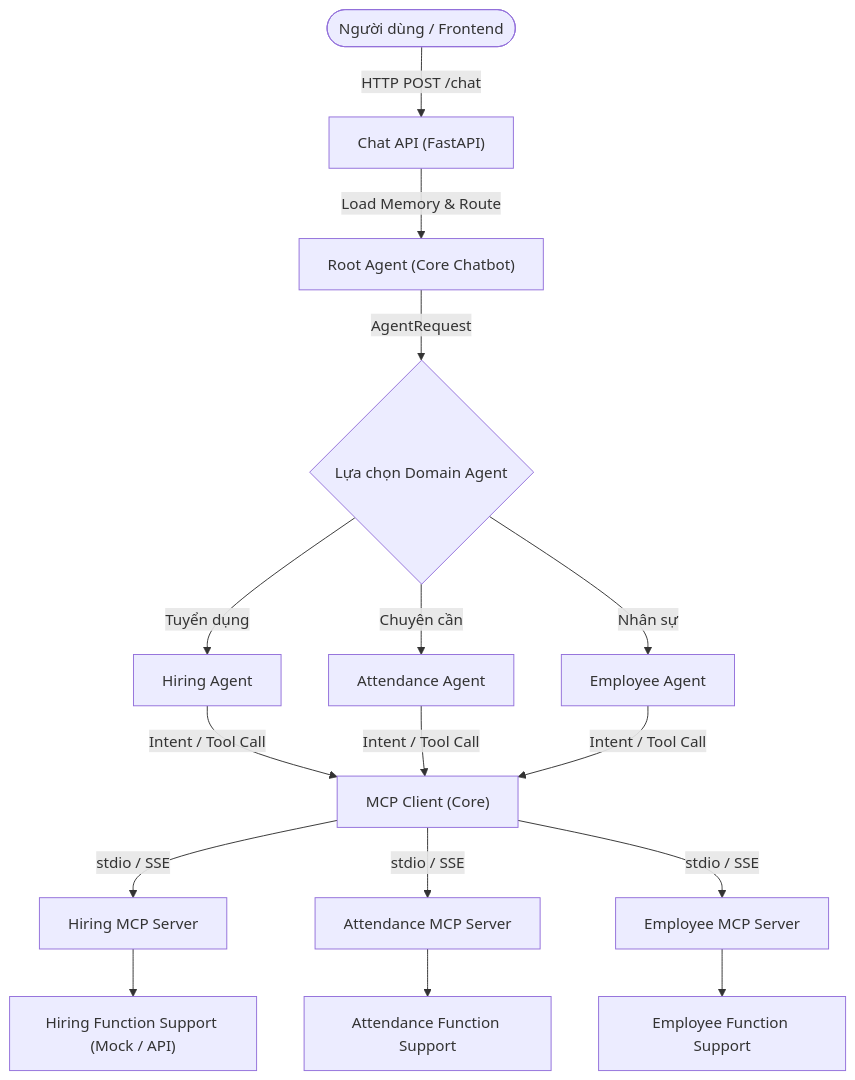
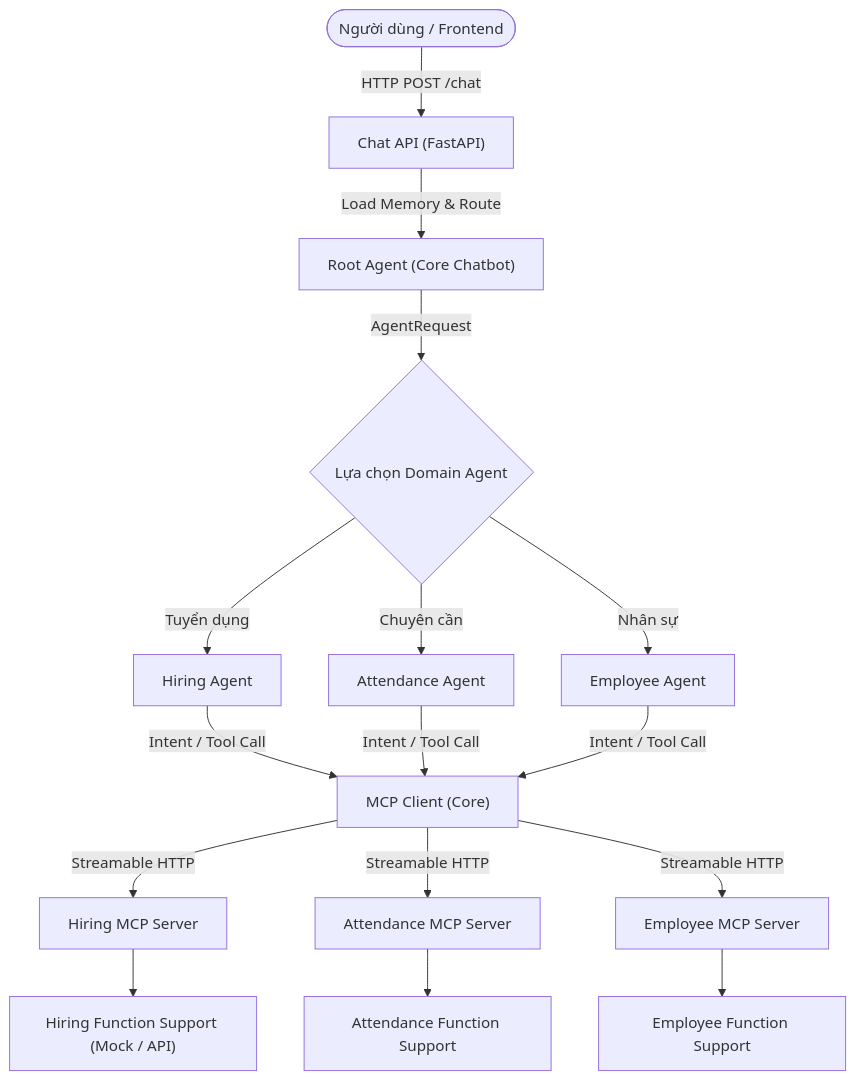
One commit to ahuhu789/ai-agent-platform changed the diagram in README.md. Above: the diagram before and after it, drawn with Mermaid. The commit also changed other lines of this file and 15 other files, not shown here.

Commit message:
feat(mcp): integrate multi-server client

````diff
--- a/README.md
+++ b/README.md
@@ -11,21 +11,21 @@
 ```mermaid
 graph TD
     User([Người dùng / Frontend]) -->|HTTP POST /chat| ChatAPI["Chat API (FastAPI)"]
     ChatAPI -->|Load Memory & Route| RootAgent["Root Agent (Core Chatbot)"]
     RootAgent -->|AgentRequest| SubAgent{"Lựa chọn Domain Agent"}
     SubAgent -->|Tuyển dụng| HiringAgent["Hiring Agent"]
     SubAgent -->|Chuyên cần| AttendanceAgent["Attendance Agent"]
     SubAgent -->|Nhân sự| EmployeeAgent["Employee Agent"]
     
     HiringAgent -->|Intent / Tool Call| MCPClient["MCP Client (Core)"]
     AttendanceAgent -->|Intent / Tool Call| MCPClient
     EmployeeAgent -->|Intent / Tool Call| MCPClient
     
-    MCPClient -->|stdio / SSE| HiringMCP["Hiring MCP Server"]
-    MCPClient -->|stdio / SSE| AttendanceMCP["Attendance MCP Server"]
-    MCPClient -->|stdio / SSE| EmployeeMCP["Employee MCP Server"]
+    MCPClient -->|Streamable HTTP| HiringMCP["Hiring MCP Server"]
+    MCPClient -->|Streamable HTTP| AttendanceMCP["Attendance MCP Server"]
+    MCPClient -->|Streamable HTTP| EmployeeMCP["Employee MCP Server"]
     
     HiringMCP --> HiringSupport["Hiring Function Support (Mock / API)"]
     AttendanceMCP --> AttendanceSupport["Attendance Function Support"]
     EmployeeMCP --> EmployeeSupport["Employee Function Support"]
 ```
````
